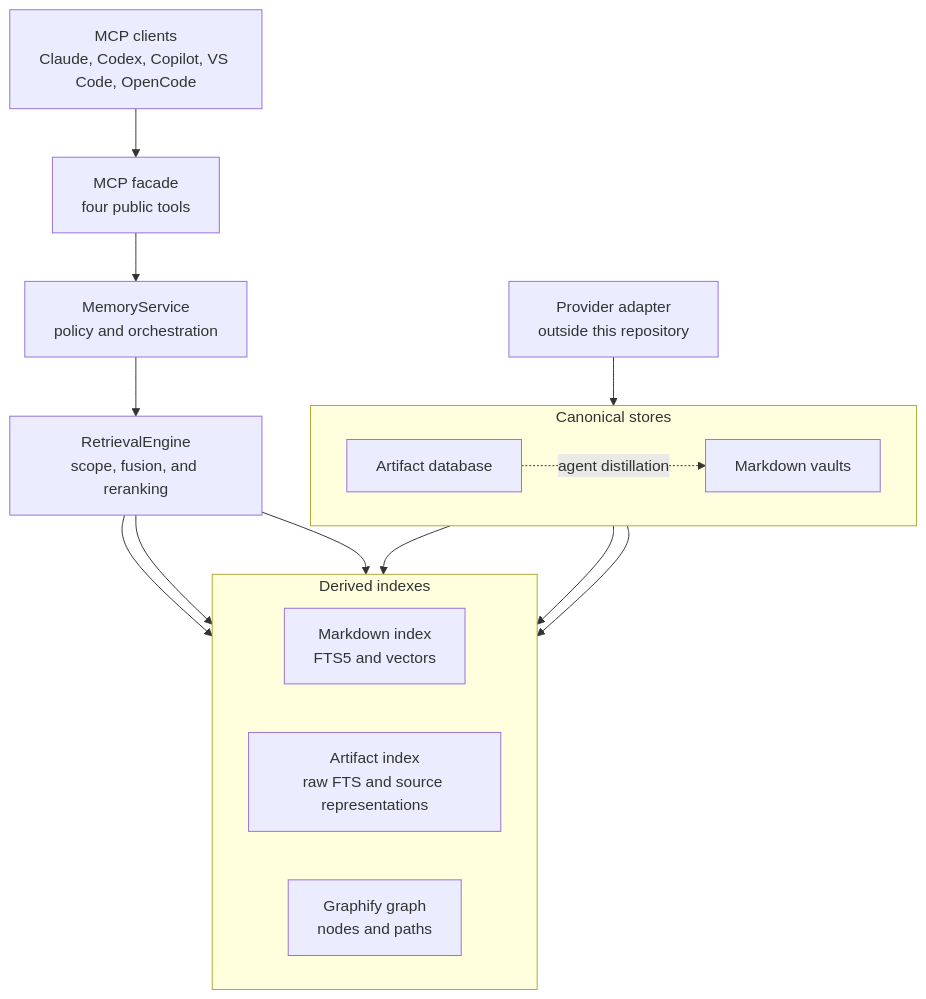
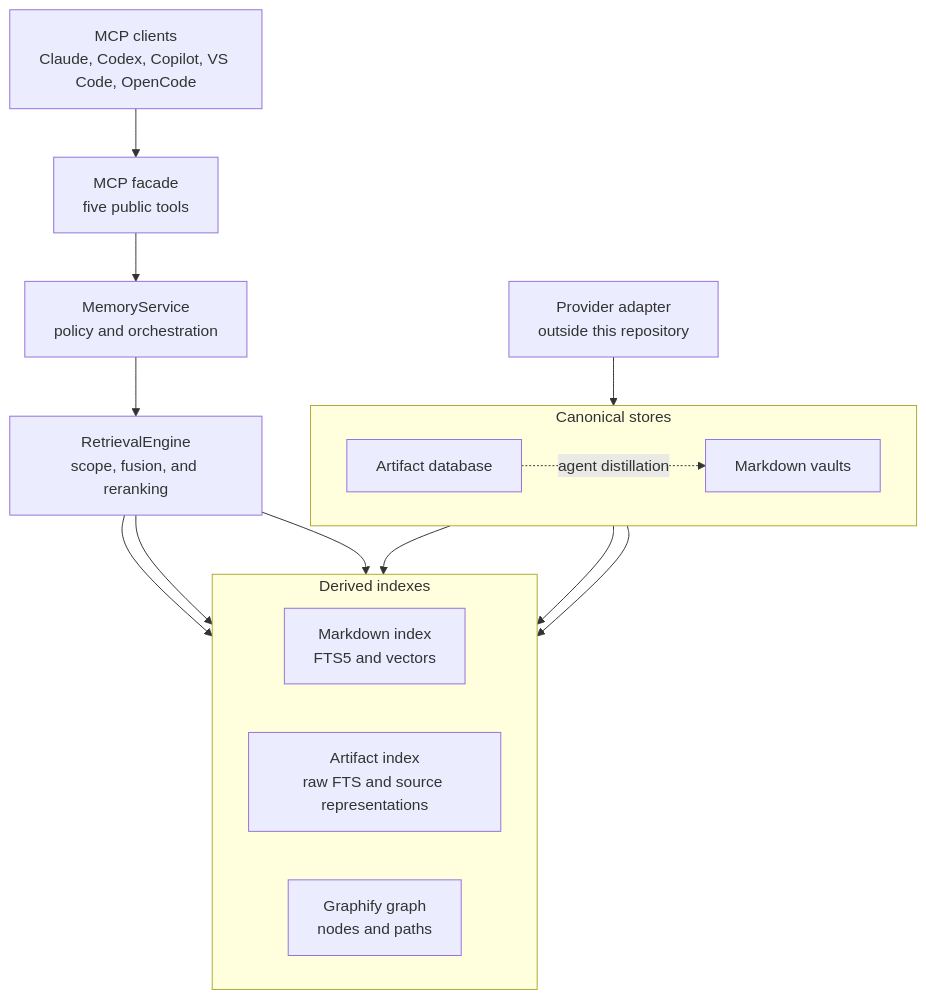
Before and after one commit to moorej2400/ai-memory-mcp: the first of 3 diagrams in README.md, drawn with Mermaid. The commit also changed other lines of this file and 40 other files, not shown here.

````diff
--- a/README.md
+++ b/README.md
@@ -34,34 +34,34 @@
 ```mermaid
 flowchart TB
     Clients["MCP clients<br/>Claude, Codex, Copilot, VS Code, OpenCode"]
-    Facade["MCP facade<br/>four public tools"]
+    Facade["MCP facade<br/>five public tools"]
     Service["MemoryService<br/>policy and orchestration"]
     Engine["RetrievalEngine<br/>scope, fusion, and reranking"]
 
     subgraph Derived["Derived indexes"]
         direction LR
         MdIndex["Markdown index<br/>FTS5 and vectors"]
         ArtIndex["Artifact index<br/>raw FTS and source representations"]
         Graph["Graphify graph<br/>nodes and paths"]
     end
 
     subgraph Canonical["Canonical stores"]
         direction LR
         Vaults["Markdown vaults"]
         Store["Artifact database"]
     end
 
     Provider["Provider adapter<br/>outside this repository"]
 
     Clients --> Facade
     Facade --> Service
     Service --> Engine
     Engine --> MdIndex
     Engine --> ArtIndex
     Engine --> Graph
     Vaults --> MdIndex
     Vaults --> Graph
     Store --> ArtIndex
     Provider --> Store
     Store -. agent distillation .-> Vaults
 ```
````
